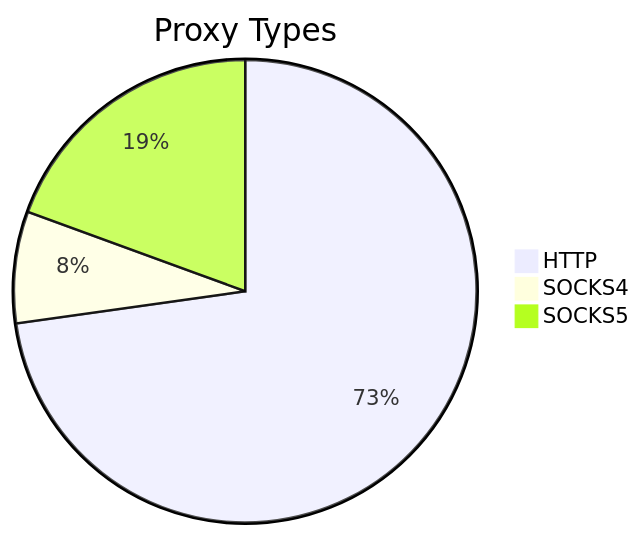
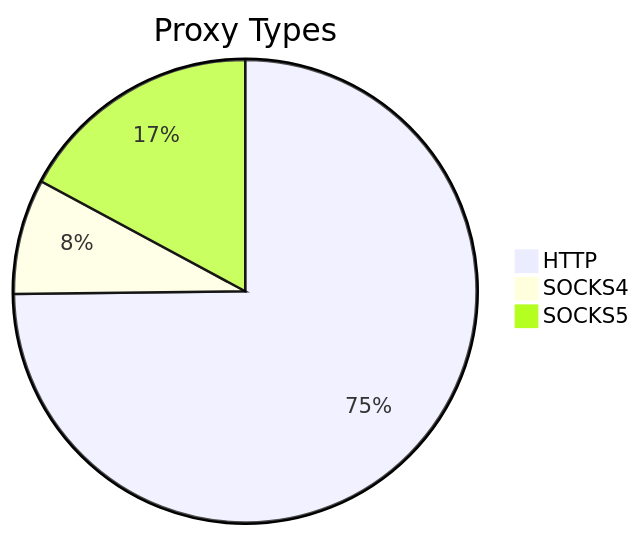
Before and after one commit to stormsia/proxy-list: the first of 2 diagrams in README.md, drawn with Mermaid. The commit also changed other lines of this file, not shown here.

````diff
--- a/README.md
+++ b/README.md
@@ -21,6 +21,6 @@
 ```mermaid
 pie title Proxy Types
-    "HTTP" : 532
-    "SOCKS4" : 57
-    "SOCKS5" : 142
+    "HTTP" : 585
+    "SOCKS4" : 63
+    "SOCKS5" : 134
 ```
````
